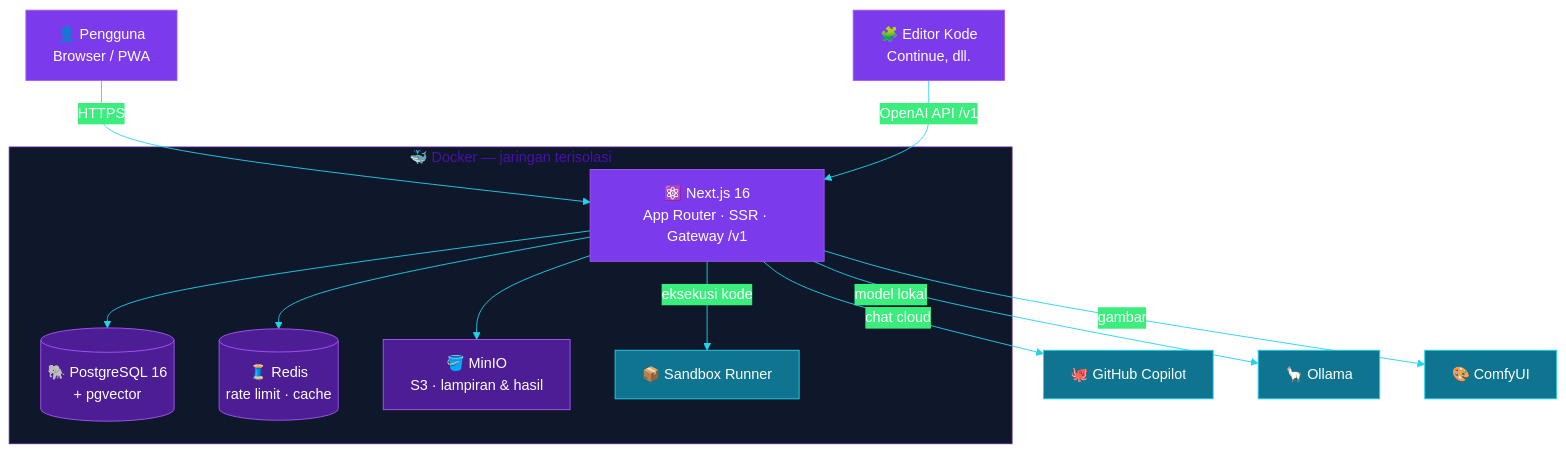
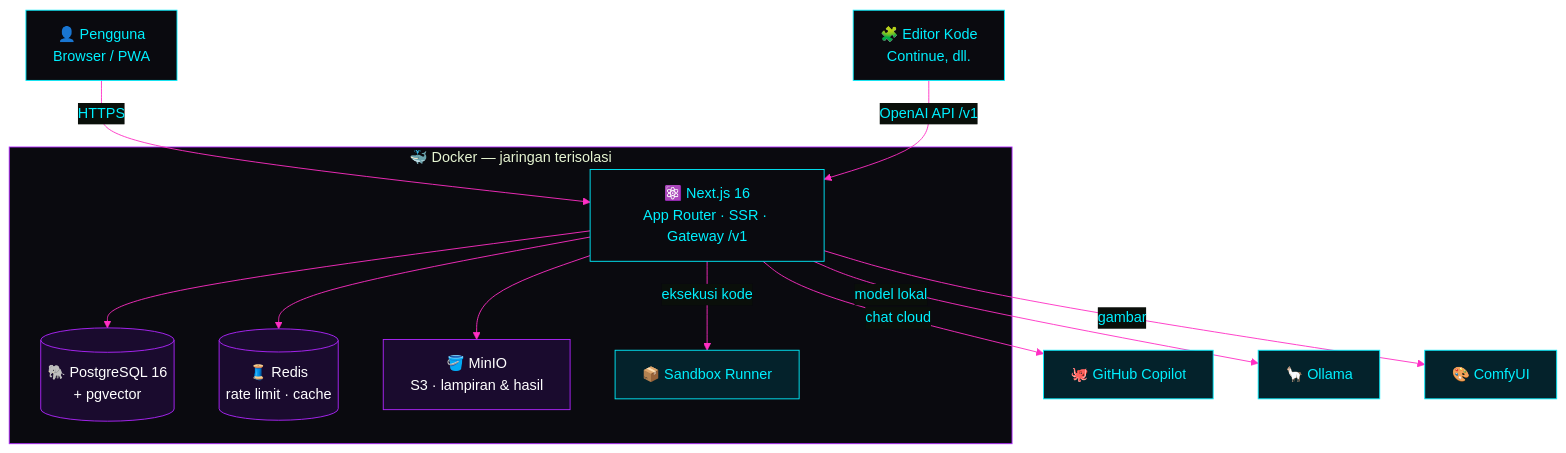
Before and after one commit to muhammadrizalharis/zaltr-ai: the first of 2 diagrams in README.md, drawn with Mermaid. The commit also changed other lines of this file, not shown here.

Commit message:
docs: README redesign Neon Cyberpunk — boot terminal, mermaid flow+sequence, badge statistik dinamis, star-history, divider neon, placeholder GIF demo

````diff
--- a/README.md
+++ b/README.md
@@ -157,28 +173,28 @@
 ```mermaid
-%%{init: {'theme':'base','themeVariables':{'primaryColor':'#7C3AED','primaryTextColor':'#FFFFFF','primaryBorderColor':'#A855F7','lineColor':'#22D3EE','fontFamily':'Inter','clusterBkg':'#0F172A','clusterBorder':'#4C1D95'}}}%%
+%%{init: {'theme':'base','themeVariables':{'primaryColor':'#0A0A0F','primaryTextColor':'#00F0FF','primaryBorderColor':'#00F0FF','lineColor':'#FF2EC4','fontFamily':'Fira Code','clusterBkg':'#0A0A0F','clusterBorder':'#B026FF','tertiaryColor':'#1A0B2E'}}}%%
 flowchart TD
     U["👤 Pengguna<br/>Browser / PWA"] -->|HTTPS| WEB["⚛️ Next.js 16<br/>App Router · SSR · Gateway /v1"]
     IDE["🧩 Editor Kode<br/>Continue, dll."] -->|"OpenAI API /v1"| WEB
 
     WEB --> PG[("🐘 PostgreSQL 16<br/>+ pgvector")]
     WEB --> RDS[("🧵 Redis<br/>rate limit · cache")]
     WEB --> MIN["🪣 MinIO<br/>S3 · lampiran & hasil"]
 
     WEB -->|chat cloud| COP["🐙 GitHub Copilot"]
     WEB -->|model lokal| OLL["🦙 Ollama"]
     WEB -->|gambar| CMF["🎨 ComfyUI"]
     WEB -->|eksekusi kode| RUN["📦 Sandbox Runner"]
 
     subgraph DOCKER["🐳 Docker — jaringan terisolasi"]
         WEB
         PG
         RDS
         MIN
         RUN
     end
 
-    classDef store fill:#4C1D95,stroke:#A855F7,color:#fff;
-    classDef ai fill:#0E7490,stroke:#22D3EE,color:#fff;
+    classDef store fill:#1A0B2E,stroke:#B026FF,color:#fff;
+    classDef ai fill:#04222B,stroke:#00F0FF,color:#00F0FF;
     class PG,RDS,MIN store;
     class COP,OLL,CMF,RUN ai;
 ```
````
